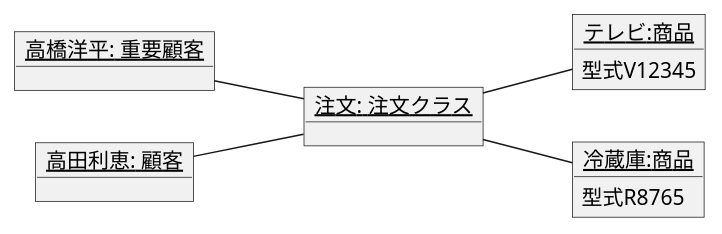
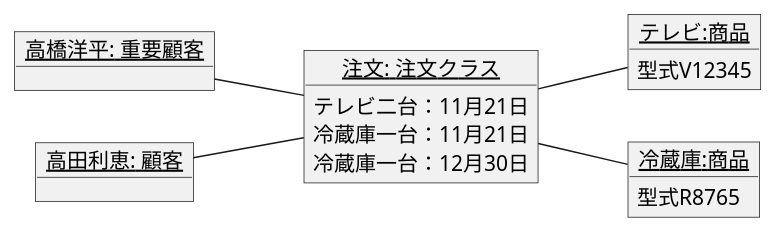
One commit to itouayumu/uml-introduction- changed the diagram in 演習3-7_OBJ_注文のオブジェクト図.pu. Above: the diagram before and after it, drawn with PlantUML.

Commit message:
修正しました

```diff
--- a/演習3-7_OBJ_注文のオブジェクト図.pu
+++ b/演習3-7_OBJ_注文のオブジェクト図.pu
@@ -1,26 +1,29 @@
 @startuml
 left to right direction
 object "<u>高橋洋平: 重要顧客</u>" as k0 {
 
 }
 
 object "<u>注文: 注文クラス</u>" as k6{
+    テレビ二台：11月21日
+    冷蔵庫一台：11月21日
+    冷蔵庫一台：12月30日
 }
 object "<u>高田利恵: 顧客</u>" as k1 {
 
 }
 
 object "<u>テレビ:商品</u>" as k3{
     型式V12345   
 }
 object "<u>冷蔵庫:商品</u>" as k4{   
     型式R8765
 }
 
 
 
 k0--k6
 k1--k6
 k6--k3
 k6--k4
 @enduml
```
